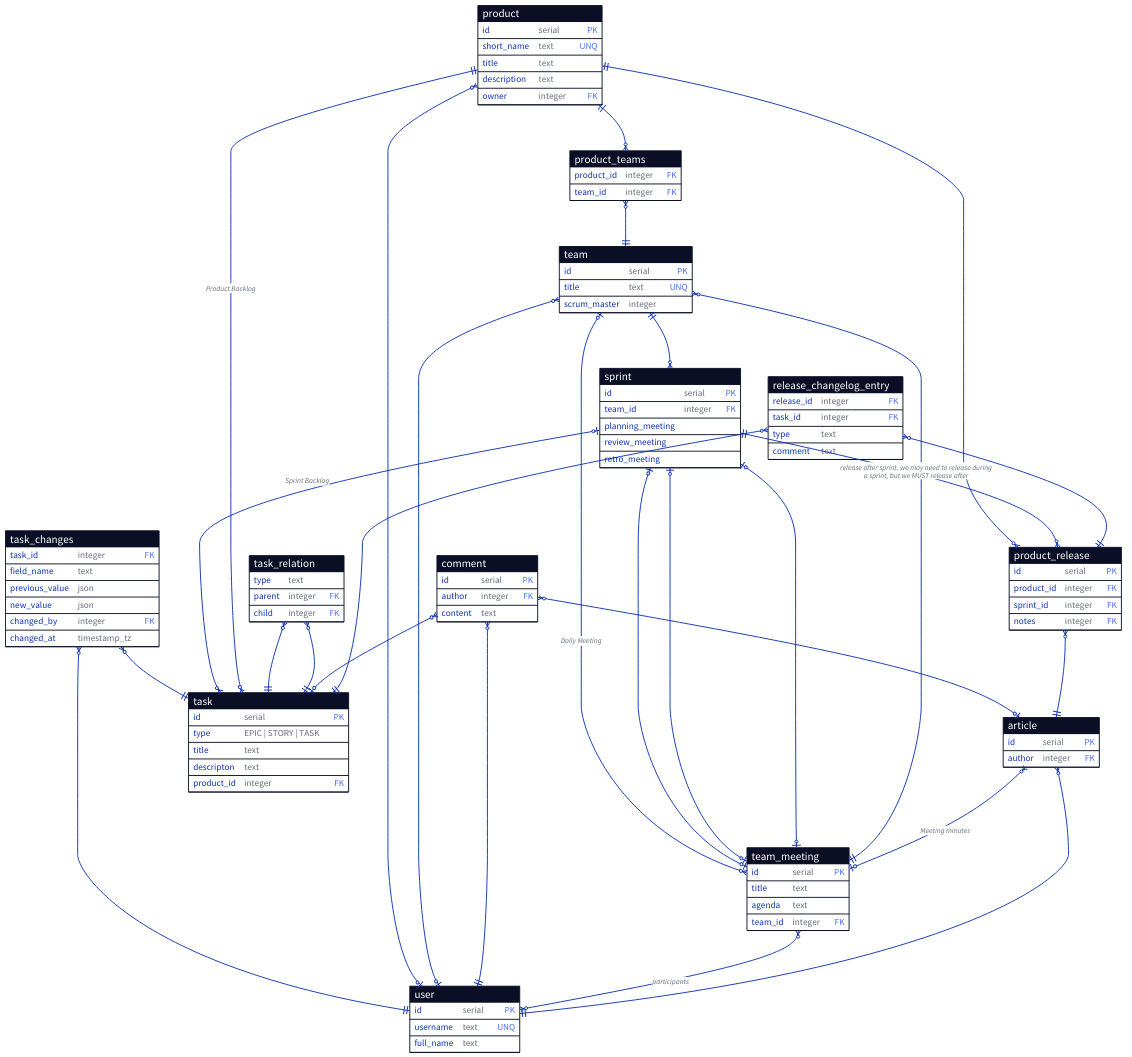
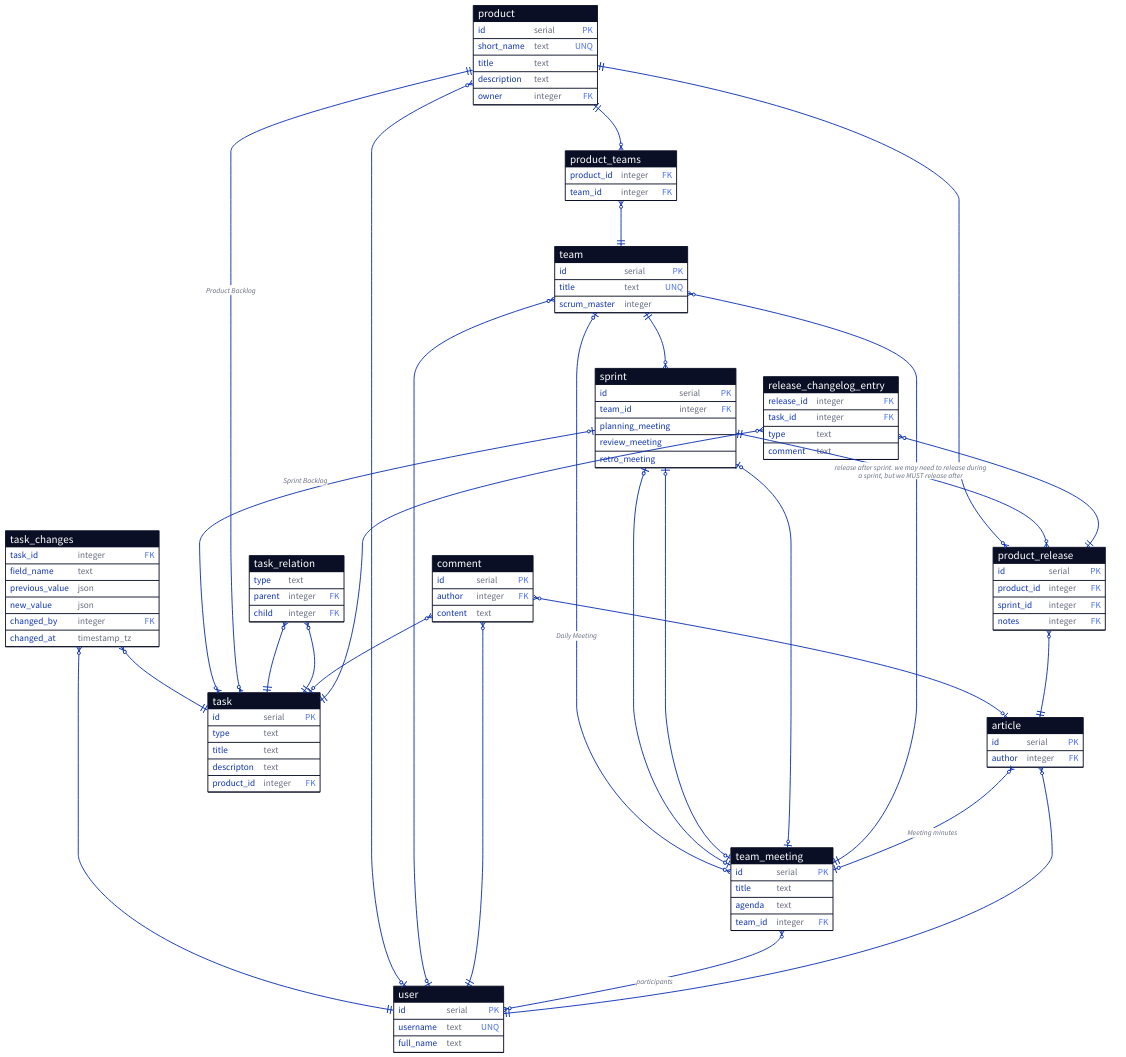
The diagram in docs/datalogical.d2 (forafox/Zadachnik), drawn with D2 before and after one commit.

Commit message:
update task type

```diff
--- a/docs/datalogical.d2
+++ b/docs/datalogical.d2
@@ -242,7 +242,7 @@
 task: {
   shape: sql_table
   id: serial {constraint: primary_key}
-  type: 'EPIC | STORY | TASK'
+  type: text
   title: text
   descripton: text
   product_id: integer {constraint: foreign_key}
```
